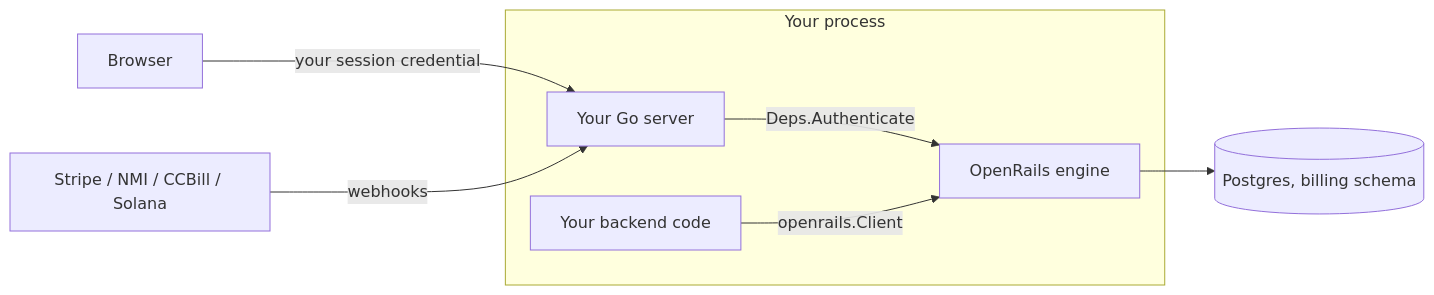
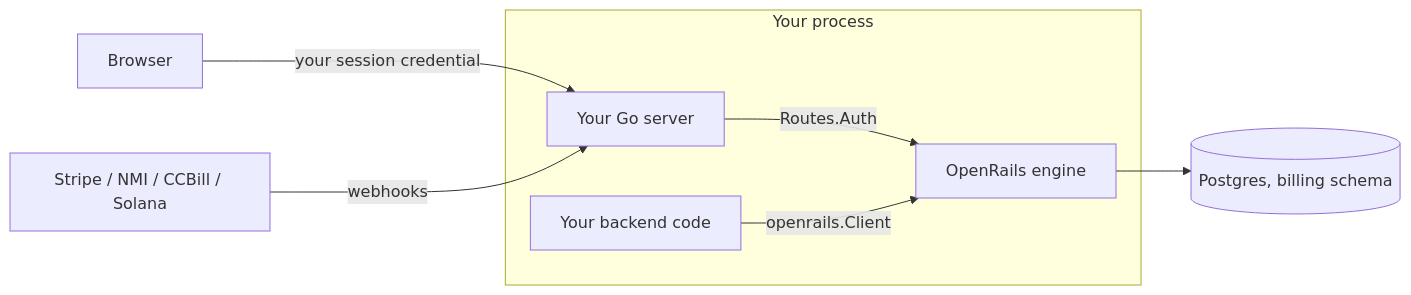
The diagram in docs/embedded-integration.md (open-rails/openrails), drawn with Mermaid before and after one commit. The commit also changed other lines of this file and 172 other files, not shown here.

Commit message:
Auth only at Mount: Routes.Auth middleware contract

````diff
--- a/docs/embedded-integration.md
+++ b/docs/embedded-integration.md
@@ -29,10 +29,10 @@
 ```mermaid
 flowchart LR
     B[Browser] -- your session credential --> S[Your Go server]
     subgraph P[Your process]
-        S -- Deps.Authenticate --> OR[OpenRails engine]
+        S -- Routes.Auth --> OR[OpenRails engine]
         C[Your backend code] -- openrails.Client --> OR
     end
     OR --> PG[(Postgres, billing schema)]
     R[Stripe / NMI / CCBill / Solana] -- webhooks --> S
 ```
````
